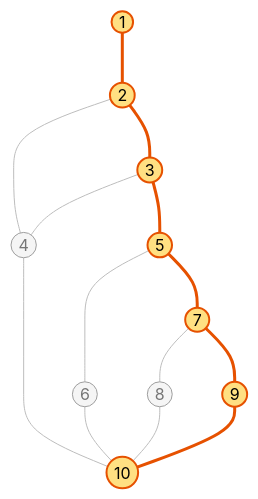
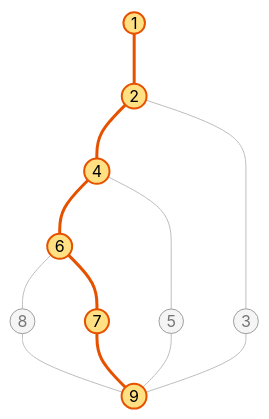
One commit to bloedige/itdb_ctf changed the fifth of 5 diagrams in tests/docs/caja_blanca_04_verificar_credenciales.md. Above: the diagram before and after it, drawn with Mermaid. The commit also changed other lines of this file and 47 other files, not shown here.

````diff
--- a/tests/docs/caja_blanca_04_verificar_credenciales.md
+++ b/tests/docs/caja_blanca_04_verificar_credenciales.md
@@ -163,21 +159,19 @@
 ```mermaid
 graph TD
     n1((1)) --- n2((2))
     n2 --- n4((4))
-    n4 --- n10((10))
+    n4 --- n6((6))
+    n6 --- n8((8))
+    n8 --- n9((9))
+    n6 --- n7((7))
+    n7 --- n9
+    n4 --- n5((5))
+    n5 --- n9
     n2 --- n3((3))
-    n3 --- n4
-    n3 --- n5((5))
-    n5 --- n6((6))
-    n6 --- n10
-    n5 --- n7((7))
-    n7 --- n8((8))
-    n8 --- n10
-    n7 --- n9((9))
-    n9 --- n10
+    n3 --- n9
     classDef default fill:#f5f5f5,stroke:#9e9e9e,color:#757575
     classDef camino fill:#ffe082,stroke:#e65100,stroke-width:2px,color:#000
-    class n1,n2,n3,n5,n7,n9,n10 camino
+    class n1,n2,n4,n6,n7,n9 camino
     linkStyle default stroke:#bdbdbd,stroke-width:1px
-    linkStyle 0,3,5,8,11,12 stroke:#e65100,stroke-width:3px
+    linkStyle 0,1,2,5,6 stroke:#e65100,stroke-width:3px
 ```
````
